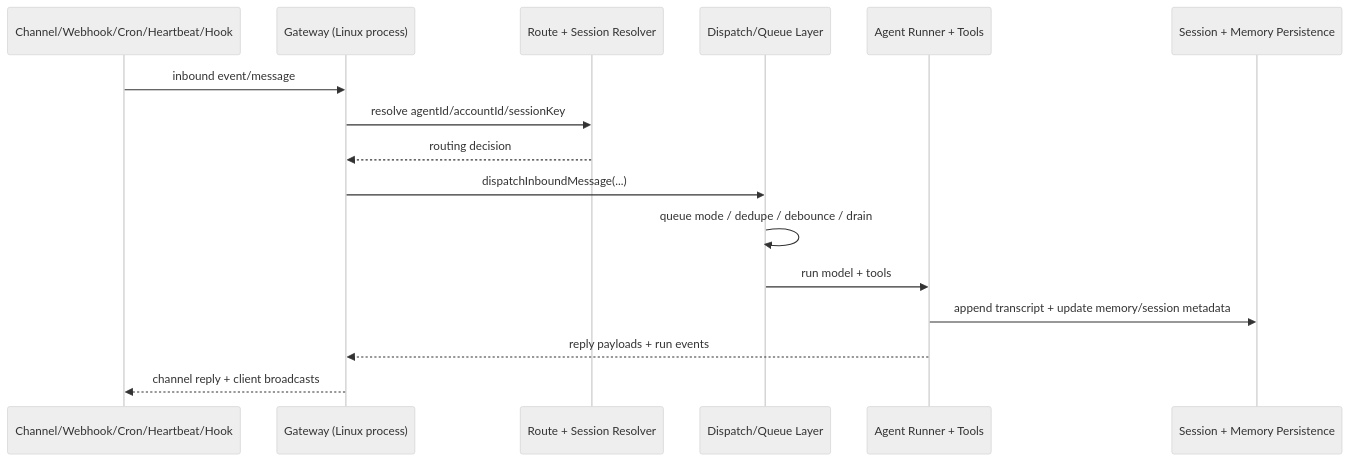
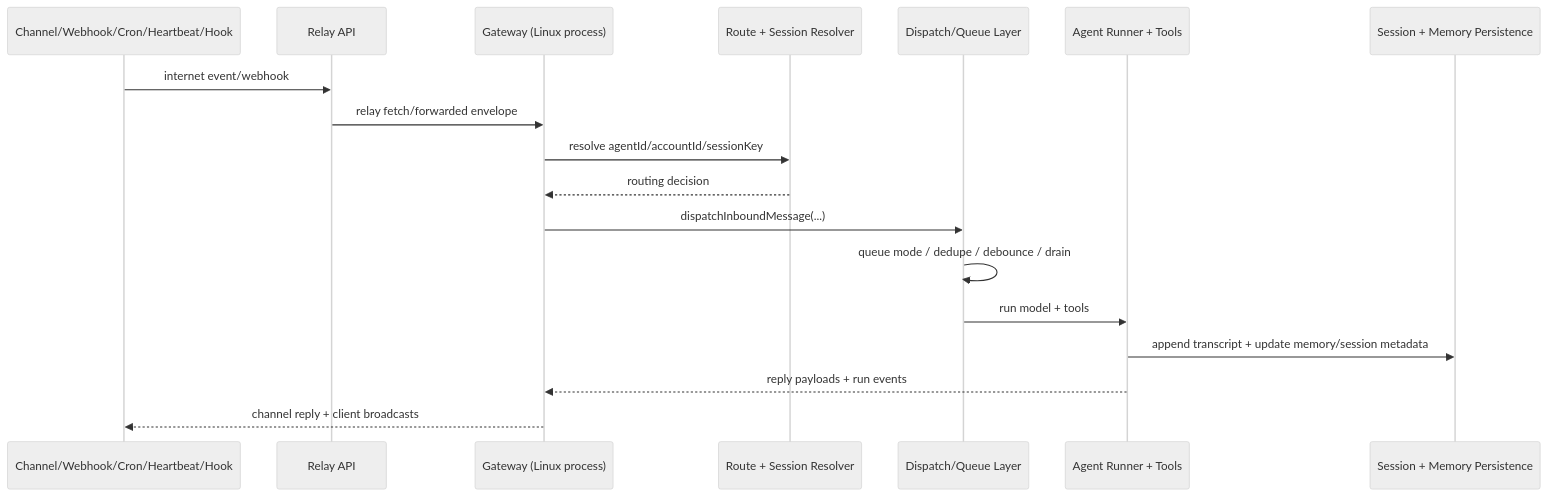
Before and after one commit to aran-bitwise/openclaw: the diagram in docs/experiments/plans/flutter-openclaw-m1-architecture-mapping.md, drawn with Mermaid (neutral theme). The commit also changed other lines of this file and 6 other files, not shown here.

Commit message:
Feat: add relay API reference across milestone plans

````diff
--- a/docs/experiments/plans/flutter-openclaw-m1-architecture-mapping.md
+++ b/docs/experiments/plans/flutter-openclaw-m1-architecture-mapping.md
@@ -97,19 +99,21 @@
 ```mermaid
 sequenceDiagram
   participant Input as Channel/Webhook/Cron/Heartbeat/Hook
+  participant Relay as Relay API
   participant Gateway as Gateway (Linux process)
   participant Router as Route + Session Resolver
   participant Dispatch as Dispatch/Queue Layer
   participant Agent as Agent Runner + Tools
   participant Store as Session + Memory Persistence
 
-  Input->>Gateway: inbound event/message
+  Input->>Relay: internet event/webhook
+  Relay->>Gateway: relay fetch/forwarded envelope
   Gateway->>Router: resolve agentId/accountId/sessionKey
   Router-->>Gateway: routing decision
   Gateway->>Dispatch: dispatchInboundMessage(...)
   Dispatch->>Dispatch: queue mode / dedupe / debounce / drain
   Dispatch->>Agent: run model + tools
   Agent->>Store: append transcript + update memory/session metadata
   Agent-->>Gateway: reply payloads + run events
   Gateway-->>Input: channel reply + client broadcasts
 ```
````
